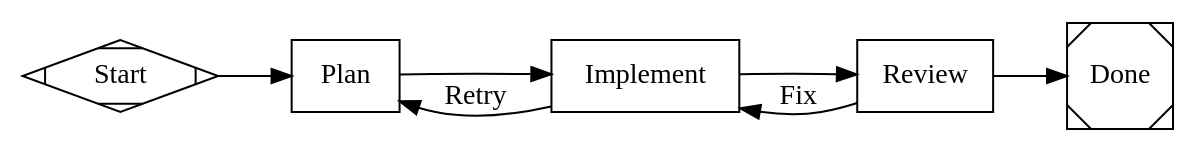
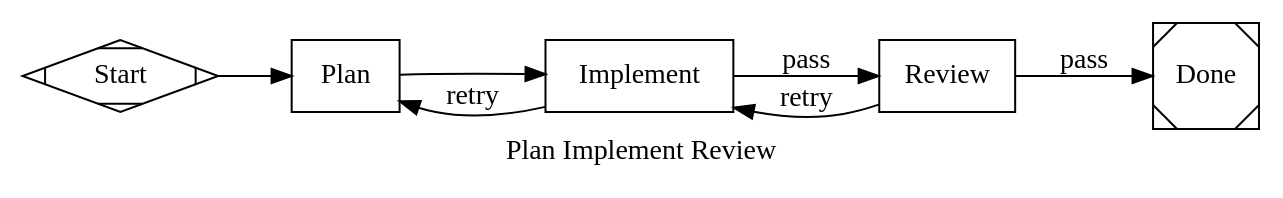
Before and after one commit to 2389-research/mammoth: the diagram in examples/plan_implement_review.dot, drawn with Graphviz. The commit also changed 28 other files, not shown here.

```diff
--- a/examples/plan_implement_review.dot
+++ b/examples/plan_implement_review.dot
@@ -1,24 +1,38 @@
-// Plan-implement-review pipeline for integration smoke testing (DoD 11.13).
-// Exercises goal gates, conditional branching, and the plan->implement->review->done flow.
-digraph plan_implement_review {
-    graph [
-        goal="Create a hello world Python script",
-        retry_target="implement"
-    ]
+// ABOUTME: Example pipeline demonstrating a simple plan → implement → review flow.
+// Used by the attractor integration test TestIntegrationPlanImplementReview.
+digraph PlanImplementReview {
+  graph [
+    label="Plan Implement Review",
+    goal="Create a hello world Python script",
     rankdir=LR
-    node [shape=box]
+  ];
 
-    start     [shape=Mdiamond, label="Start"]
-    done      [shape=Msquare, label="Done"]
+  start     [shape=Mdiamond, label="Start"];
+  done      [shape=Msquare,  label="Done"];
 
-    plan      [label="Plan", prompt="Plan how to create a hello world script for: $goal"]
-    implement [label="Implement", prompt="Write the code based on the plan", goal_gate=true]
-    review    [label="Review", prompt="Review the code for correctness"]
+  plan [
+    shape=box,
+    label="Plan",
+    prompt="Write a concise implementation plan for the goal."
+  ];
 
-    start -> plan
-    plan -> implement
-    implement -> review [condition="outcome=success"]
-    implement -> plan   [condition="outcome=fail", label="Retry"]
-    review -> done      [condition="outcome=success"]
-    review -> implement [condition="outcome=fail", label="Fix"]
+  implement [
+    shape=box,
+    label="Implement",
+    goal_gate=true,
+    prompt="Implement the plan. Produce the code."
+  ];
+
+  review [
+    shape=box,
+    label="Review",
+    prompt="Review the implementation for correctness and completeness."
+  ];
+
+  start     -> plan;
+  plan      -> implement;
+  implement -> review     [condition="outcome=success", label="pass"];
+  implement -> plan       [condition="outcome=retry",   label="retry"];
+  review    -> done       [condition="outcome=success", label="pass"];
+  review    -> implement  [condition="outcome=retry",   label="retry"];
 }
```
